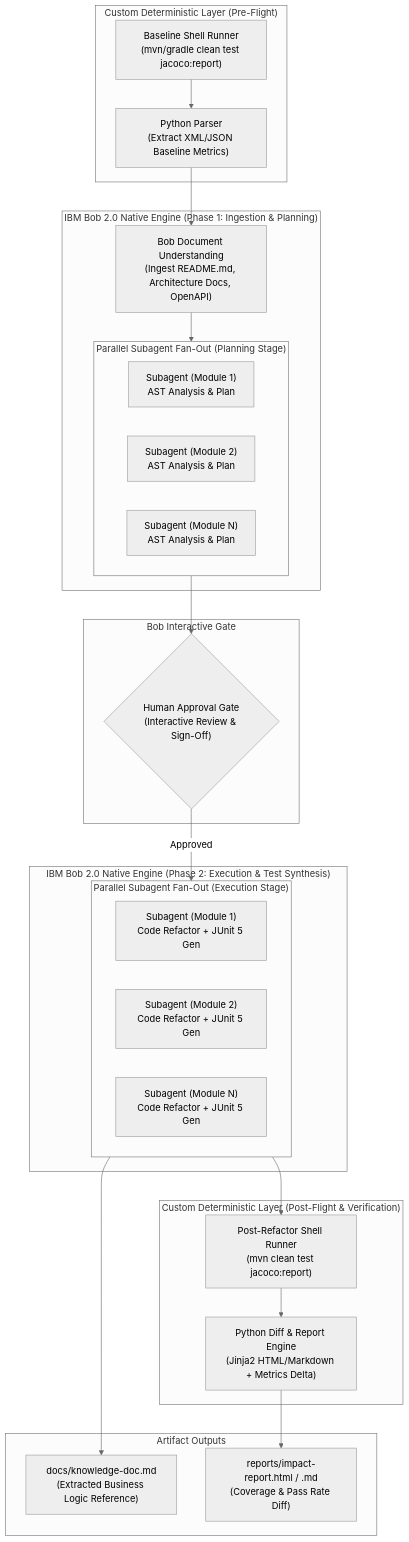
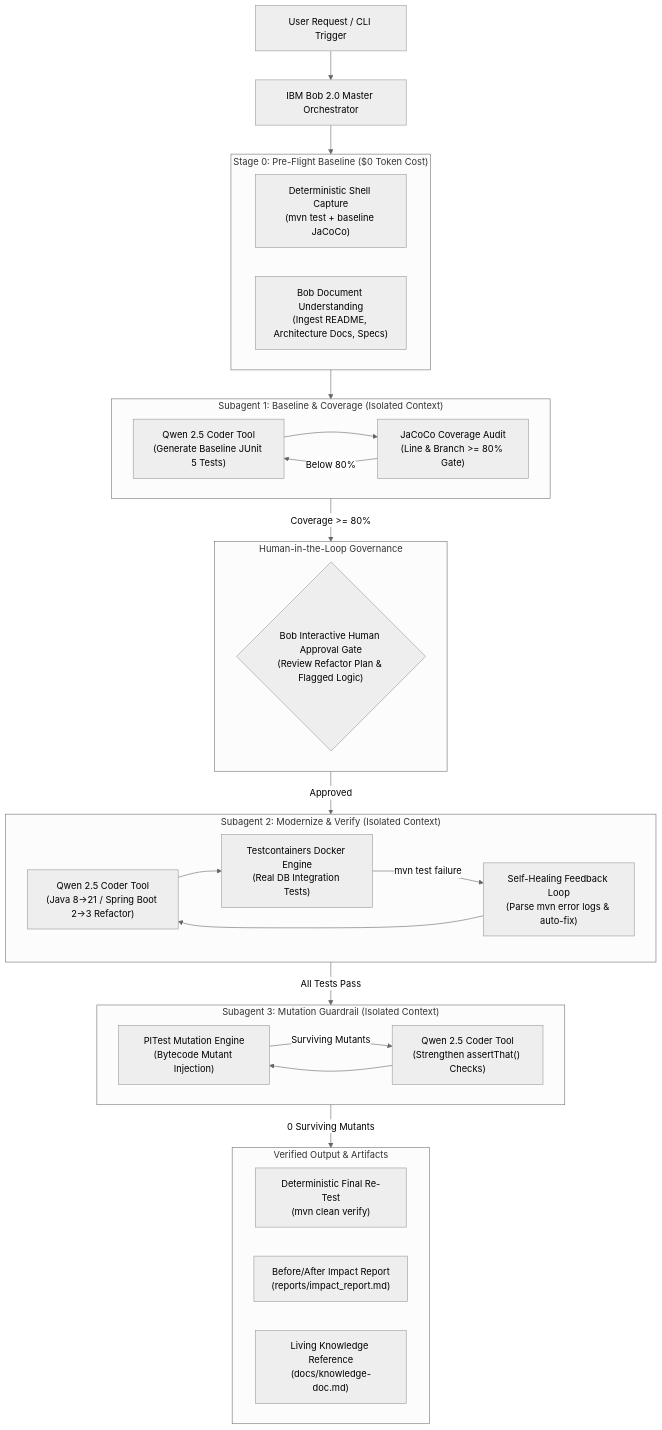
The first of 2 diagrams in docs/architecture.md (uday-vashist/SpringPhoenix), drawn with Mermaid (neutral theme) before and after one commit. The commit also changed other lines of this file and 2 other files, not shown here.

````diff
--- a/docs/architecture.md
+++ b/docs/architecture.md
@@ -7,48 +7,48 @@
 ```mermaid
 graph TB
-    subgraph CustomLayerTop ["Custom Deterministic Layer (Pre-Flight)"]
-        S1["Baseline Shell Runner<br/>(mvn/gradle clean test jacoco:report)"]
-        P1["Python Parser<br/>(Extract XML/JSON Baseline Metrics)"]
-        S1 --> P1
+    User["User Request / CLI Trigger"] --> Bob["IBM Bob 2.0 Master Orchestrator"]
+    
+    subgraph PreFlight ["Stage 0: Pre-Flight Baseline ($0 Token Cost)"]
+        BL["Deterministic Shell Capture<br/>(mvn test + baseline JaCoCo)"]
+        DU["Bob Document Understanding<br/>(Ingest README, Architecture Docs, Specs)"]
     end
+    Bob --> PreFlight
 
-    subgraph BobNativeTop ["IBM Bob 2.0 Native Engine (Phase 1: Ingestion & Planning)"]
-        DU["Bob Document Understanding<br/>(Ingest README.md, Architecture Docs, OpenAPI)"]
-        subgraph SubagentsPlan ["Parallel Subagent Fan-Out (Planning Stage)"]
-            SA1_P["Subagent (Module 1)<br/>AST Analysis & Plan"]
-            SA2_P["Subagent (Module 2)<br/>AST Analysis & Plan"]
-            SAN_P["Subagent (Module N)<br/>AST Analysis & Plan"]
-        end
-        DU --> SubagentsPlan
+    subgraph Subagent1 ["Subagent 1: Baseline & Coverage (Isolated Context)"]
+        SA1_Q["Qwen 2.5 Coder Tool<br/>(Generate Baseline JUnit 5 Tests)"]
+        SA1_J["JaCoCo Coverage Audit<br/>(Line & Branch >= 80% Gate)"]
+        SA1_Q --> SA1_J
+        SA1_J -->|Below 80%| SA1_Q
     end
+    PreFlight --> Subagent1
 
-    subgraph BobGate ["Bob Interactive Gate"]
-        HAG{"Human Approval Gate<br/>(Interactive Review & Sign-Off)"}
+    subgraph ApprovalGate ["Human-in-the-Loop Governance"]
+        HAG{"Bob Interactive Human Approval Gate<br/>(Review Refactor Plan & Flagged Logic)"}
     end
+    Subagent1 -->|Coverage >= 80%| ApprovalGate
 
-    subgraph BobNativeExec ["IBM Bob 2.0 Native Engine (Phase 2: Execution & Test Synthesis)"]
-        subgraph SubagentsExec ["Parallel Subagent Fan-Out (Execution Stage)"]
-            SA1_E["Subagent (Module 1)<br/>Code Refactor + JUnit 5 Gen"]
-            SA2_E["Subagent (Module 2)<br/>Code Refactor + JUnit 5 Gen"]
-            SAN_E["Subagent (Module N)<br/>Code Refactor + JUnit 5 Gen"]
-        end
+    subgraph Subagent2 ["Subagent 2: Modernize & Verify (Isolated Context)"]
+        SA2_M["Qwen 2.5 Coder Tool<br/>(Java 8→21 / Spring Boot 2→3 Refactor)"]
+        SA2_TC["Testcontainers Docker Engine<br/>(Real DB Integration Tests)"]
+        SA2_SH["Self-Healing Feedback Loop<br/>(Parse mvn error logs & auto-fix)"]
+        SA2_M --> SA2_TC
+        SA2_TC -->|mvn test failure| SA2_SH
+        SA2_SH --> SA2_M
     end
+    ApprovalGate -->|Approved| Subagent2
 
-    subgraph CustomLayerBottom ["Custom Deterministic Layer (Post-Flight & Verification)"]
-        S2["Post-Refactor Shell Runner<br/>(mvn clean test jacoco:report)"]
-        P2["Python Diff & Report Engine<br/>(Jinja2 HTML/Markdown + Metrics Delta)"]
-        S2 --> P2
+    subgraph Subagent3 ["Subagent 3: Mutation Guardrail (Isolated Context)"]
+        SA3_PI["PITest Mutation Engine<br/>(Bytecode Mutant Injection)"]
+        SA3_Q["Qwen 2.5 Coder Tool<br/>(Strengthen assertThat() Checks)"]
+        SA3_PI -->|Surviving Mutants| SA3_Q
+        SA3_Q --> SA3_PI
     end
+    Subagent2 -->|All Tests Pass| Subagent3
 
-    subgraph KnowledgeOut ["Artifact Outputs"]
-        KD["docs/knowledge-doc.md<br/>(Extracted Business Logic Reference)"]
-        IR["reports/impact-report.html / .md<br/>(Coverage & Pass Rate Diff)"]
+    subgraph OutputStage ["Verified Output & Artifacts"]
+        VR["Deterministic Final Re-Test<br/>(mvn clean verify)"]
+        REP["Before/After Impact Report<br/>(reports/impact_report.md)"]
+        KDOC["Living Knowledge Reference<br/>(docs/knowledge-doc.md)"]
     end
-
-    P1 --> DU
-    SubagentsPlan --> HAG
-    HAG -->|Approved| SubagentsExec
-    SubagentsExec --> S2
-    P2 --> IR
-    SubagentsExec --> KD
+    Subagent3 -->|0 Surviving Mutants| OutputStage
 ```
````
